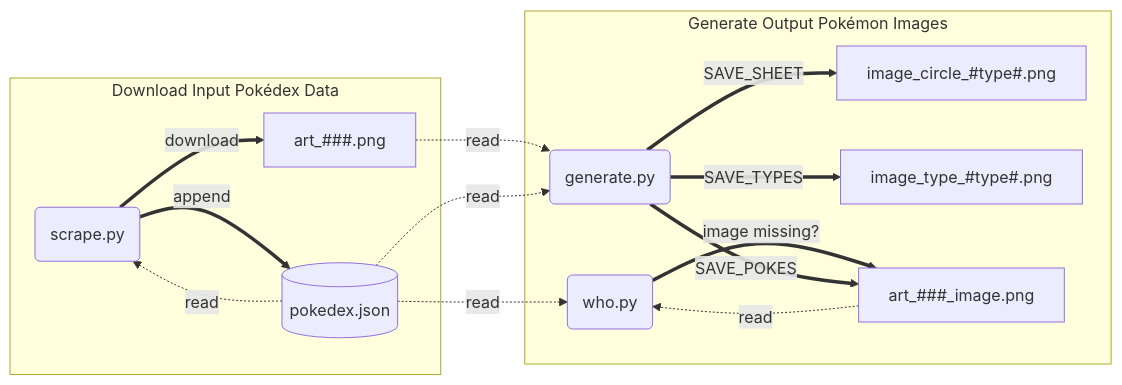
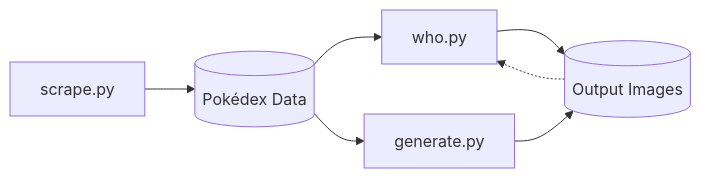
The first of 2 diagrams in README.md (DevinBerchtold/PokeChart), drawn with Mermaid before and after one commit. The commit also changed other lines of this file and 2 other files, not shown here.

````diff
--- a/README.md
+++ b/README.md
@@ -92,24 +92,4 @@
 ```mermaid
 graph LR
-    subgraph Download Input Pokédex Data
-        S(scrape.py)
-        A[art_###.png]
-        D[(pokedex.json)]
-        S ==>|append| D
-        S ==>|download| A
-    end
-    subgraph Generate Output Pokémon Images
-        W(who.py)
-        G(generate.py)
-        C[image_circle_#type#.png]
-        T[image_type_#type#.png]
-        I[art_###_image.png]
-        W ==>|image missing?| I
-        I .->|read| W
-        G ==>|SAVE_POKES| I
-        G ==>|SAVE_TYPES| T
-        G ==>|SAVE_SHEET| C
-    end
-    A .->|read| G
-    D .->|read| S & W & G
+    S[scrape.py] --> P[(Pokédex Data)] --> W[who.py] & G[generate.py] --> I[(Output Images)] .-> W
 ```
````
